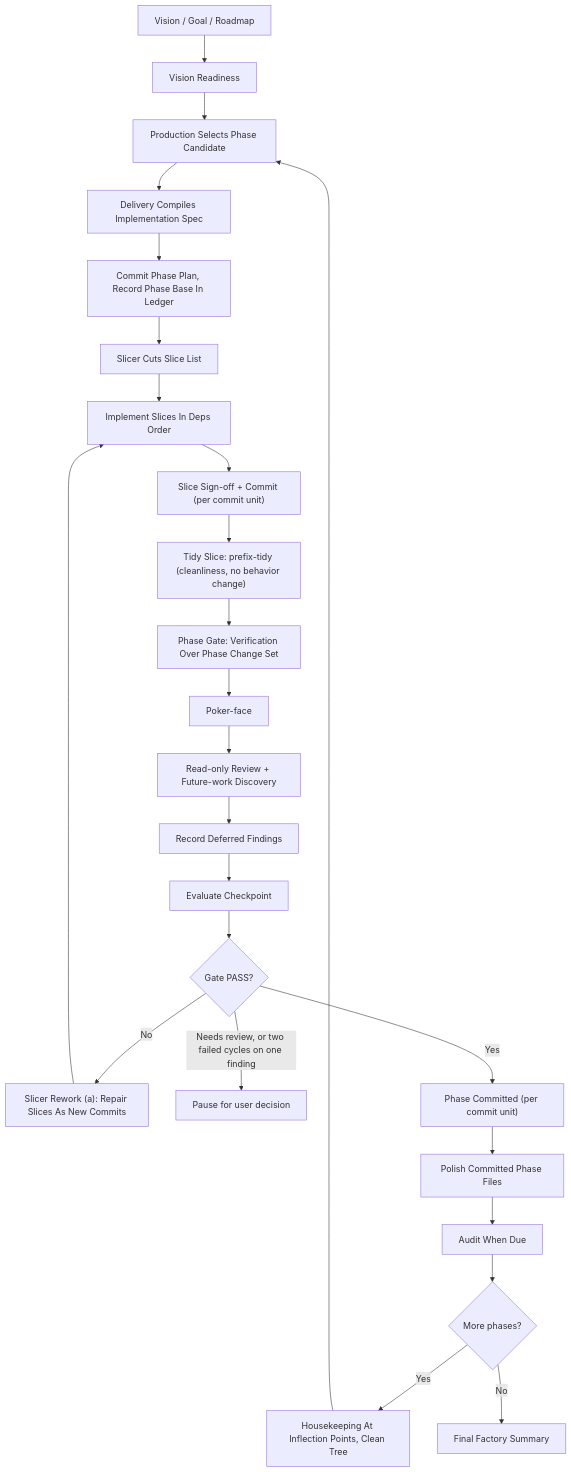
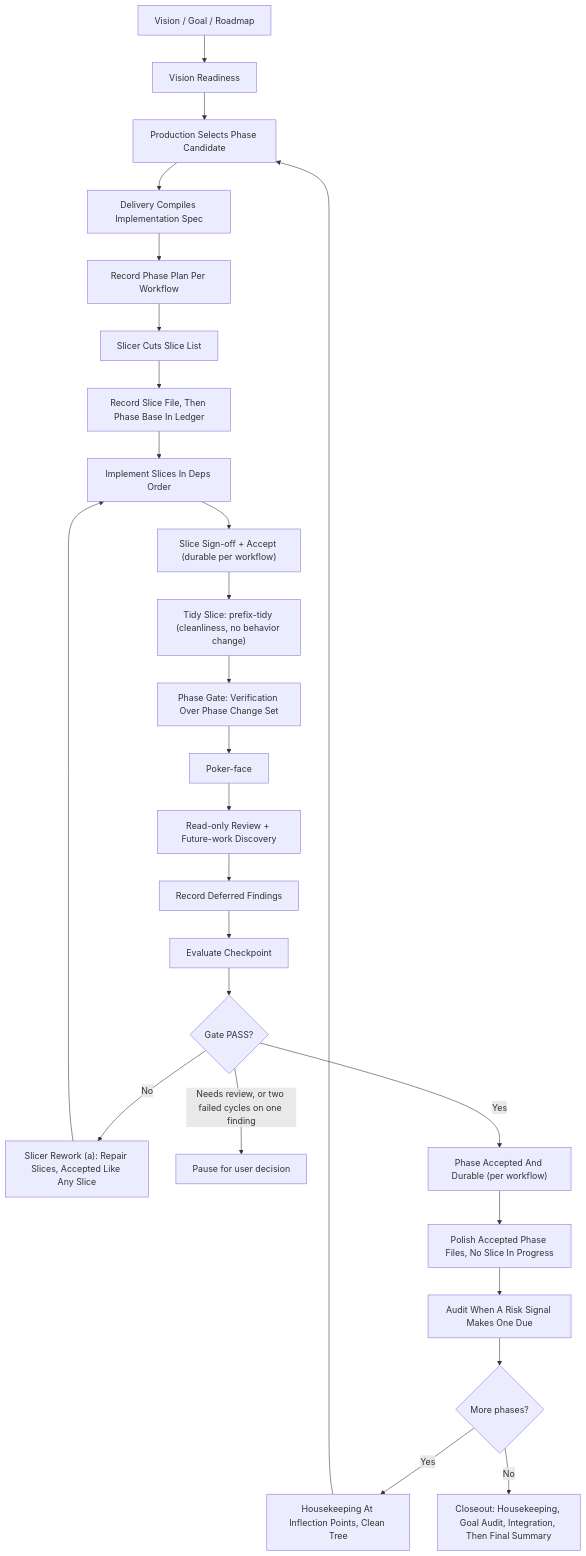
Before and after one commit to ianzepp/shipyard: the diagram in skills/factory/references/loop.md, drawn with Mermaid. The commit also changed other lines of this file and 35 other files, not shown here.

````diff
--- a/skills/factory/references/loop.md
+++ b/skills/factory/references/loop.md
@@ -11,27 +11,28 @@
 ```mermaid
 flowchart TD
     A["Vision / Goal / Roadmap"] --> B["Vision Readiness"]
     B --> C["Production Selects Phase Candidate"]
     C --> D["Delivery Compiles Implementation Spec"]
-    D --> E["Commit Phase Plan, Record Phase Base In Ledger"]
+    D --> E["Record Phase Plan Per Workflow"]
     E --> SL["Slicer Cuts Slice List"]
-    SL --> F["Implement Slices In Deps Order"]
-    F --> SO["Slice Sign-off + Commit (per commit unit)"]
+    SL --> PB["Record Slice File, Then Phase Base In Ledger"]
+    PB --> F["Implement Slices In Deps Order"]
+    F --> SO["Slice Sign-off + Accept (durable per workflow)"]
     SO --> TS["Tidy Slice: prefix-tidy (cleanliness, no behavior change)"]
     TS --> H["Phase Gate: Verification Over Phase Change Set"]
     H --> PF["Poker-face"]
     PF --> L["Read-only Review + Future-work Discovery"]
     L --> M["Record Deferred Findings"]
     M --> Q["Evaluate Checkpoint"]
     Q --> R{"Gate PASS?"}
-    R -- "No" --> K["Slicer Rework (a): Repair Slices As New Commits"]
+    R -- "No" --> K["Slicer Rework (a): Repair Slices, Accepted Like Any Slice"]
     K --> F
     R -- "Needs review, or two failed cycles on one finding" --> S["Pause for user decision"]
-    R -- "Yes" --> T["Phase Committed (per commit unit)"]
-    T --> P["Polish Committed Phase Files"]
-    P --> AU["Audit When Due"]
+    R -- "Yes" --> T["Phase Accepted And Durable (per workflow)"]
+    T --> P["Polish Accepted Phase Files, No Slice In Progress"]
+    P --> AU["Audit When A Risk Signal Makes One Due"]
     AU --> U{"More phases?"}
     U -- "Yes" --> HK["Housekeeping At Inflection Points, Clean Tree"]
     HK --> C
-    U -- "No" --> V["Final Factory Summary"]
+    U -- "No" --> V["Closeout: Housekeeping, Goal Audit, Integration, Then Final Summary"]
 ```
````
